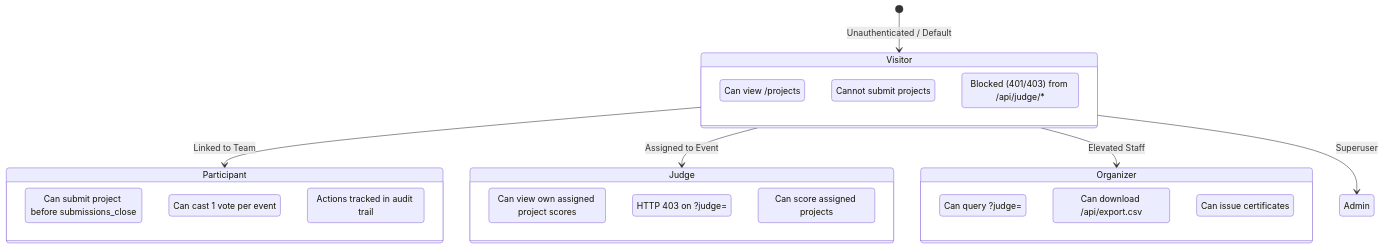
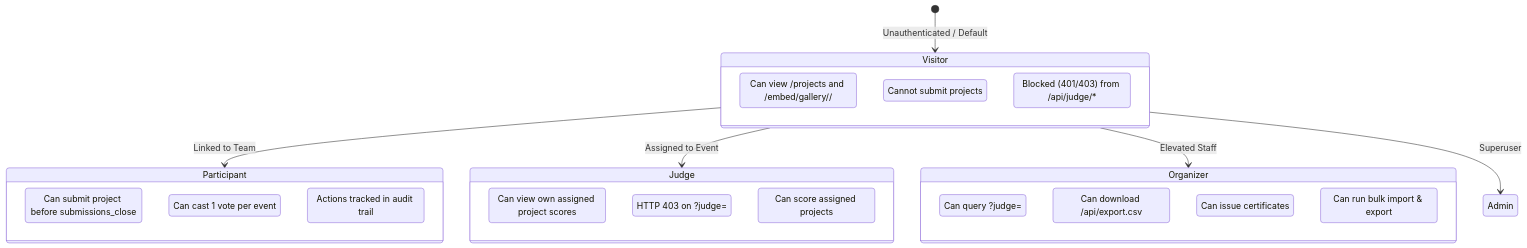
Before and after one commit to impetus-Dev/dogfood-2026: the second of 3 diagrams in ARCHITECTURE.md, drawn with Mermaid. The commit also changed other lines of this file and 17 other files, not shown here.

````diff
--- a/ARCHITECTURE.md
+++ b/ARCHITECTURE.md
@@ -70,32 +105,33 @@
 ```mermaid
 stateDiagram-v2
     [*] --> Visitor: Unauthenticated / Default
     Visitor --> Participant: Linked to Team
     Visitor --> Judge: Assigned to Event
     Visitor --> Organizer: Elevated Staff
     Visitor --> Admin: Superuser
 
     state Visitor {
-        PublicGallery: Can view /projects
+        PublicGallery: Can view /projects and /embed/gallery/<id>/
         SubmitBlocked: Cannot submit projects
         JudgingBlocked: Blocked (401/403) from /api/judge/*
     }
 
     state Participant {
         SubmitProject: Can submit project before submissions_close
         VoteProject: Can cast 1 vote per event
         AuditLogged: Actions tracked in audit trail
     }
 
     state Judge {
         ViewOwnScores: Can view own assigned project scores
         PeerScoresBlocked: HTTP 403 on ?judge=<peer>
         SubmitScores: Can score assigned projects
     }
 
     state Organizer {
         InspectAnyJudge: Can query ?judge=<any>
         ExportCSV: Can download /api/export.csv
         GenerateCertificates: Can issue certificates
+        BulkImportExport: Can run bulk import & export
     }
 ```
````
